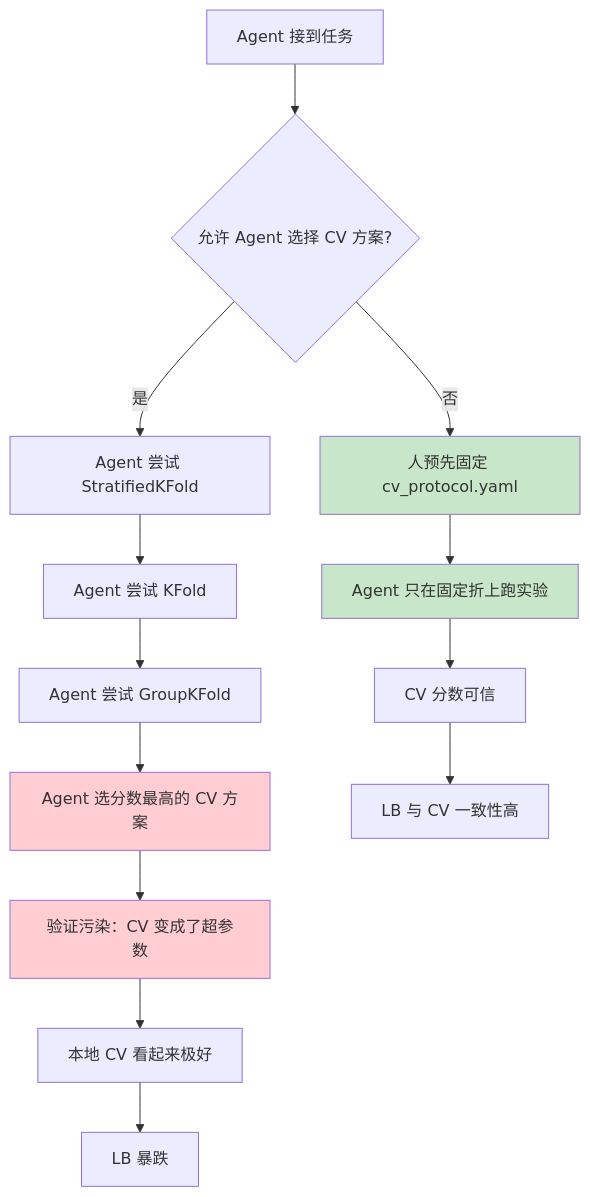
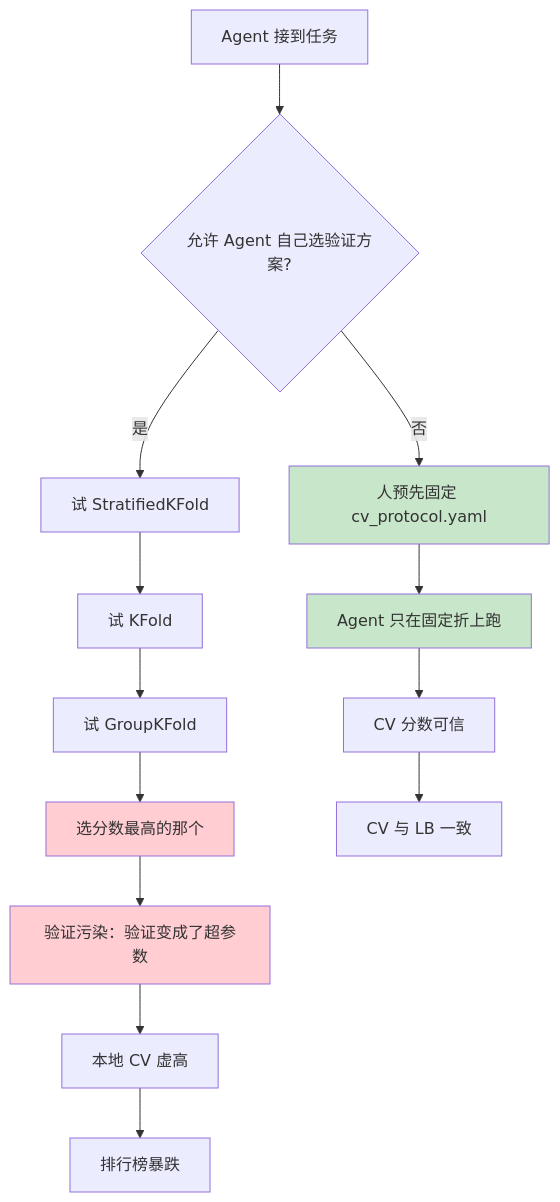
The second of 3 diagrams in docs/chapters/chapter02.md (wizardforcel/vibe-kaggle), drawn with Mermaid before and after one commit. The commit also changed other lines of this file and 1 other file, not shown here.

````diff
--- a/docs/chapters/chapter02.md
+++ b/docs/chapters/chapter02.md
@@ -164,19 +199,19 @@
 ```mermaid
 flowchart TD
-    A[Agent 接到任务] --> B{允许 Agent 选择 CV 方案?}
-    B -->|是| C[Agent 尝试 StratifiedKFold]
-    C --> D[Agent 尝试 KFold]
-    D --> E[Agent 尝试 GroupKFold]
-    E --> F[Agent 选分数最高的 CV 方案]
-    F --> G[验证污染：CV 变成了超参数]
-    G --> H[本地 CV 看起来极好]
-    H --> I[LB 暴跌]
+    A[Agent 接到任务] --> B{允许 Agent 自己选验证方案?}
+    B -->|是| C[试 StratifiedKFold]
+    C --> D[试 KFold]
+    D --> E[试 GroupKFold]
+    E --> F[选分数最高的那个]
+    F --> G[验证污染：验证变成了超参数]
+    G --> H[本地 CV 虚高]
+    H --> I[排行榜暴跌]
     B -->|否| J[人预先固定 cv_protocol.yaml]
-    J --> K[Agent 只在固定折上跑实验]
+    J --> K[Agent 只在固定折上跑]
     K --> L[CV 分数可信]
-    L --> M[LB 与 CV 一致性高]
+    L --> M[CV 与 LB 一致]
     style G fill:#ffcdd2
     style F fill:#ffcdd2
     style J fill:#c8e6c9
     style K fill:#c8e6c9
 ```
````
